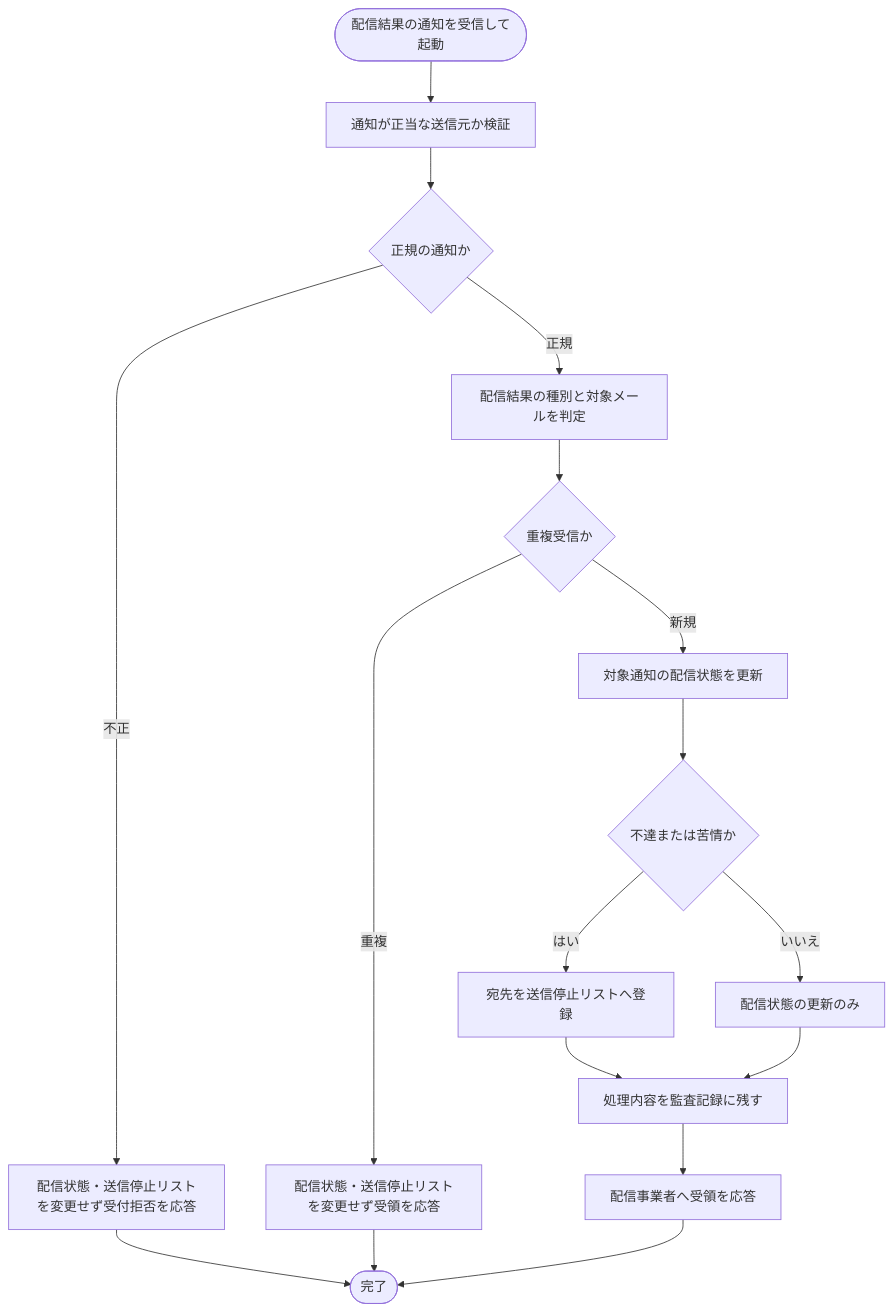
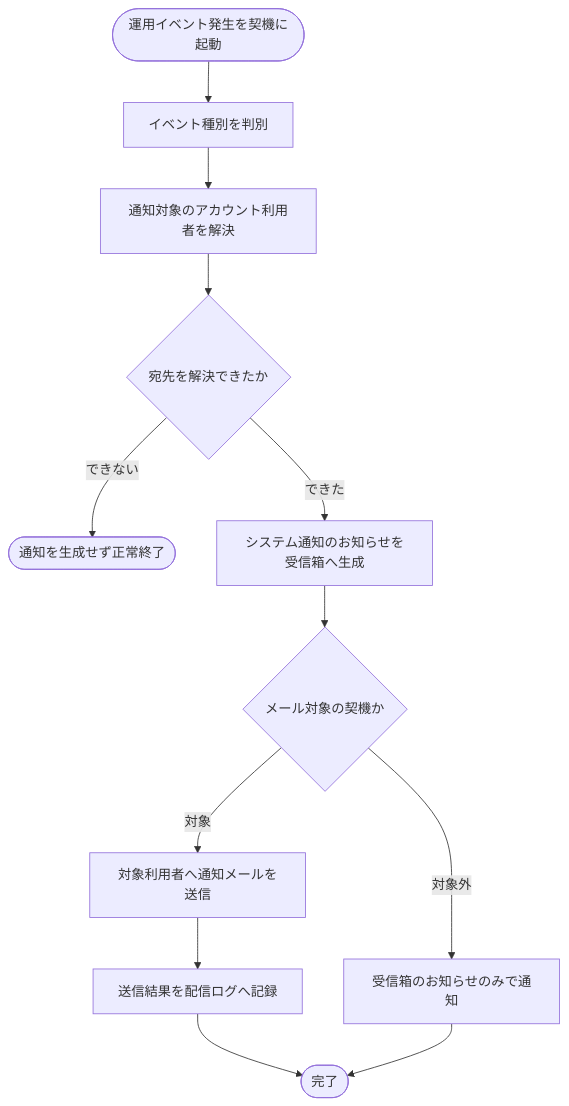
Before and after one commit to sikakou54/open-faq: the diagram in 02_basic_design/02_backend/01_system/SYS-023.md, drawn with Mermaid. The commit also changed other lines of this file and 395 other files, not shown here.

````diff
--- a/02_basic_design/02_backend/01_system/SYS-023.md
+++ b/02_basic_design/02_backend/01_system/SYS-023.md
@@ -26,19 +26,14 @@
 ```mermaid
 flowchart TB
-  S([配信結果の通知を受信して起動]) --> A[通知が正当な送信元か検証]
-  A --> B{正規の通知か}
-  B -- 不正 --> X[配信状態・送信停止リストを変更せず受付拒否を応答]
-  B -- 正規 --> C[配信結果の種別と対象メールを判定]
-  C --> D{重複受信か}
-  D -- 重複 --> Y[配信状態・送信停止リストを変更せず受領を応答]
-  D -- 新規 --> E[対象通知の配信状態を更新]
-  E --> F{不達または苦情か}
-  F -- はい --> G[宛先を送信停止リストへ登録]
-  F -- いいえ --> H[配信状態の更新のみ]
-  G --> I[処理内容を監査記録に残す]
-  H --> I
-  I --> J[配信事業者へ受領を応答]
-  X --> K([完了])
-  Y --> K
-  J --> K
+  S([運用イベント発生を契機に起動]) --> A[イベント種別を判別]
+  A --> B[通知対象のアカウント利用者を解決]
+  B --> C{宛先を解決できたか}
+  C -- できない --> X([通知を生成せず正常終了])
+  C -- できた --> D[システム通知のお知らせを受信箱へ生成]
+  D --> E{メール対象の契機か}
+  E -- 対象 --> F[対象利用者へ通知メールを送信]
+  F --> G[送信結果を配信ログへ記録]
+  G --> H([完了])
+  E -- 対象外 --> I[受信箱のお知らせのみで通知]
+  I --> H
 ```
````
